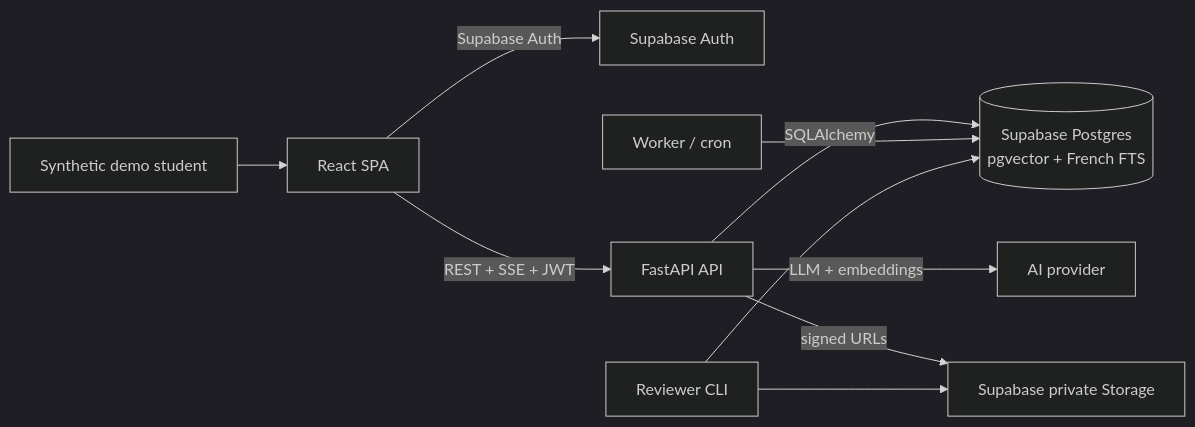
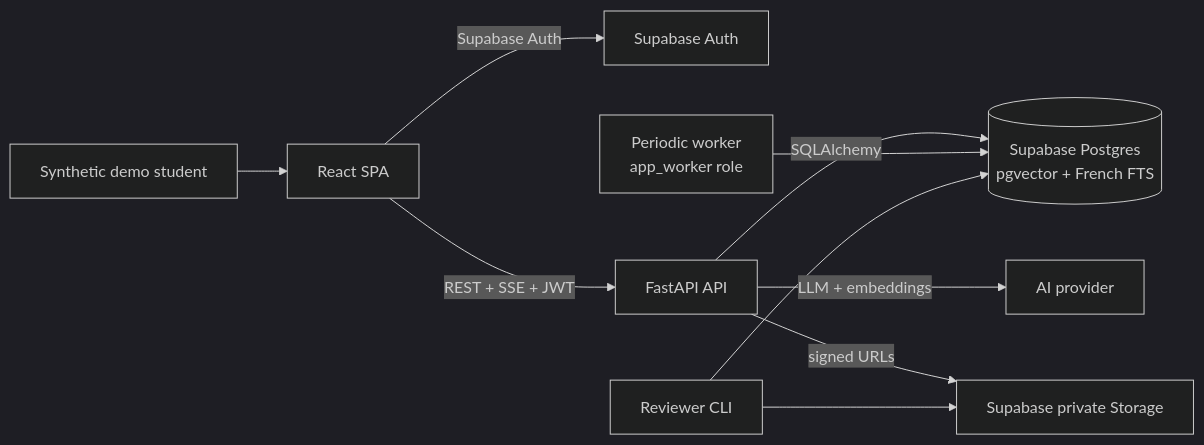
Before and after one commit to YASSINE-azmi/AI-etudaint-assistante: the diagram in docs/implementation-plan.md, drawn with Mermaid (dark theme). The commit also changed other lines of this file and 31 other files, not shown here.

````diff
--- a/docs/implementation-plan.md
+++ b/docs/implementation-plan.md
@@ -201,12 +210,12 @@
 ```mermaid
 flowchart LR
     student[Synthetic demo student] --> browser[React SPA]
     browser -->|Supabase Auth| auth[Supabase Auth]
     browser -->|REST + SSE + JWT| api[FastAPI API]
     api -->|SQLAlchemy| db[(Supabase Postgres<br/>pgvector + French FTS)]
     api -->|LLM + embeddings| provider[AI provider]
     api -->|signed URLs| storage[Supabase private Storage]
-    worker[Worker / cron] --> db
+    worker[Periodic worker<br/>app_worker role] --> db
     reviewer[Reviewer CLI] --> db
     reviewer --> storage
 ```
````
